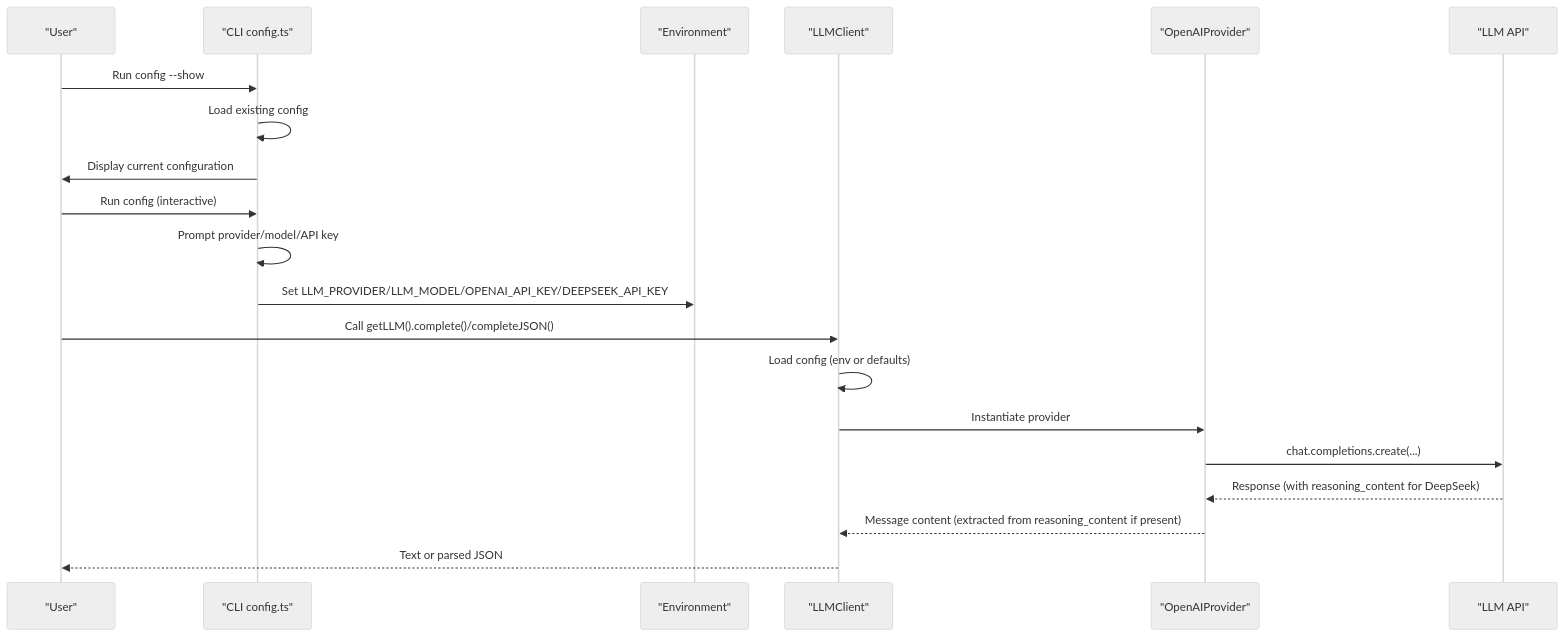
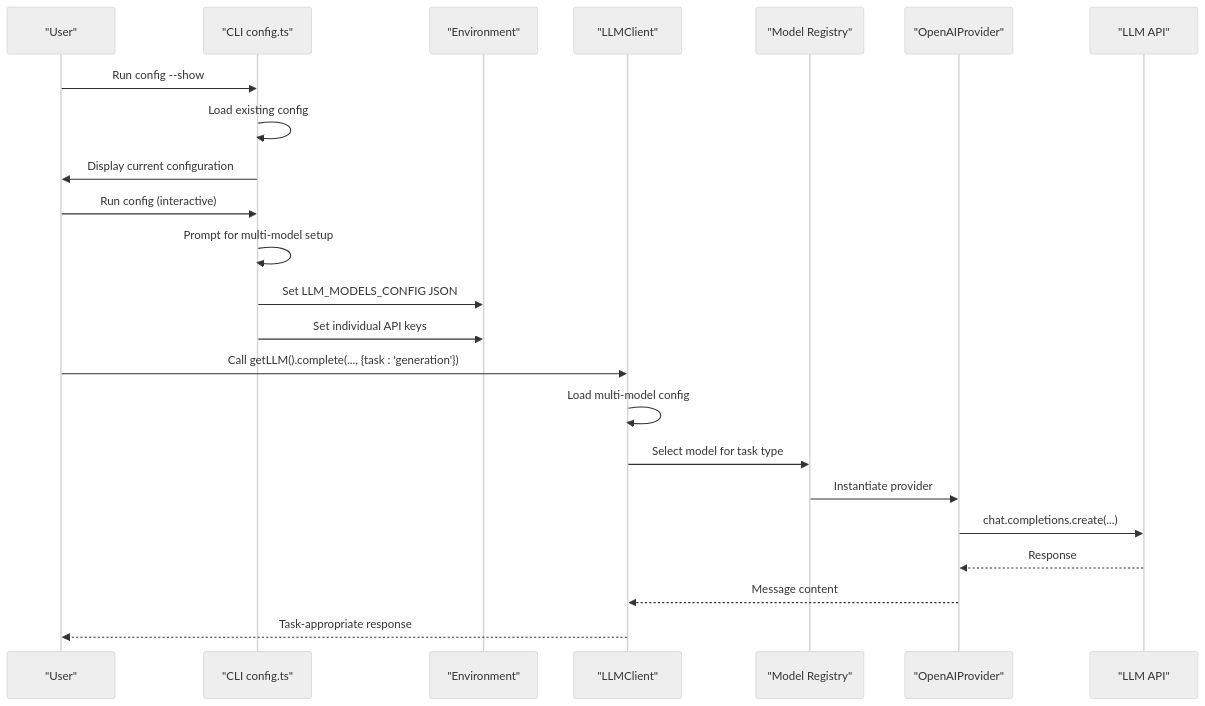
The second of 7 diagrams in .qoder/repowiki/en/content/LLM Integration and Configuration.md (liwonder/NARRITIVE_OS), drawn with Mermaid (neutral theme) before and after one commit. The commit also changed other lines of this file and 12 other files, not shown here.

````diff
--- a/.qoder/repowiki/en/content/LLM Integration and Configuration.md
+++ b/.qoder/repowiki/en/content/LLM Integration and Configuration.md
@@ -168,22 +148,25 @@
 ```mermaid
 sequenceDiagram
 participant User as "User"
 participant CLI as "CLI config.ts"
 participant Env as "Environment"
 participant Engine as "LLMClient"
+participant Models as "Model Registry"
 participant Provider as "OpenAIProvider"
 participant LLM as "LLM API"
 User->>CLI : Run config --show
 CLI->>CLI : Load existing config
 CLI->>User : Display current configuration
 User->>CLI : Run config (interactive)
-CLI->>CLI : Prompt provider/model/API key
-CLI->>Env : Set LLM_PROVIDER/LLM_MODEL/OPENAI_API_KEY/DEEPSEEK_API_KEY
-User->>Engine : Call getLLM().complete()/completeJSON()
-Engine->>Engine : Load config (env or defaults)
-Engine->>Provider : Instantiate provider
+CLI->>CLI : Prompt for multi-model setup
+CLI->>Env : Set LLM_MODELS_CONFIG JSON
+CLI->>Env : Set individual API keys
+User->>Engine : Call getLLM().complete(..., {task : 'generation'})
+Engine->>Engine : Load multi-model config
+Engine->>Models : Select model for task type
+Models->>Provider : Instantiate provider
 Provider->>LLM : chat.completions.create(...)
-LLM-->>Provider : Response (with reasoning_content for DeepSeek)
-Provider-->>Engine : Message content (extracted from reasoning_content if present)
-Engine-->>User : Text or parsed JSON
+LLM-->>Provider : Response
+Provider-->>Engine : Message content
+Engine-->>User : Task-appropriate response
 ```
````
